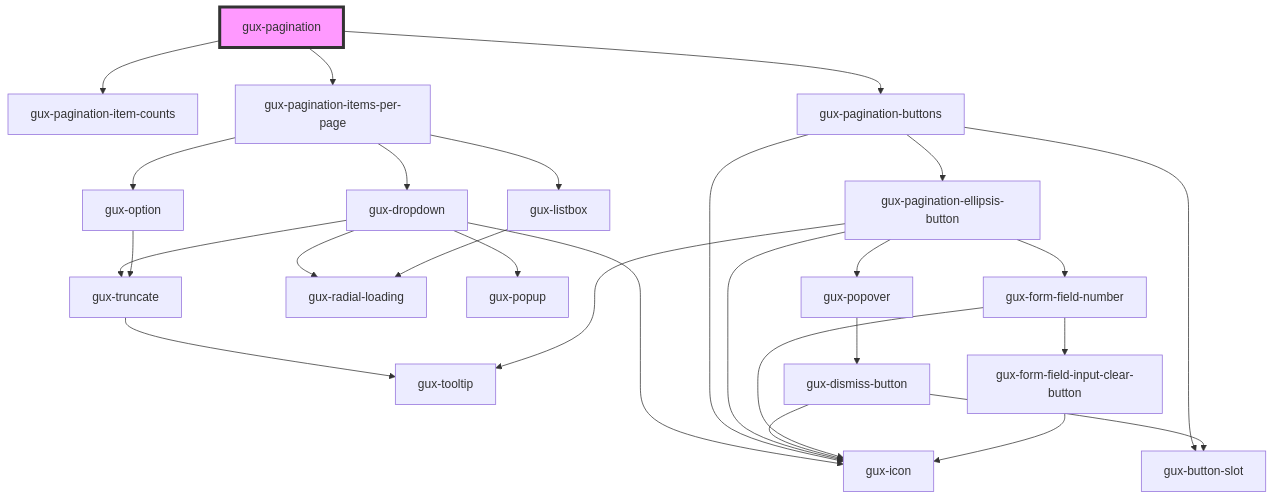
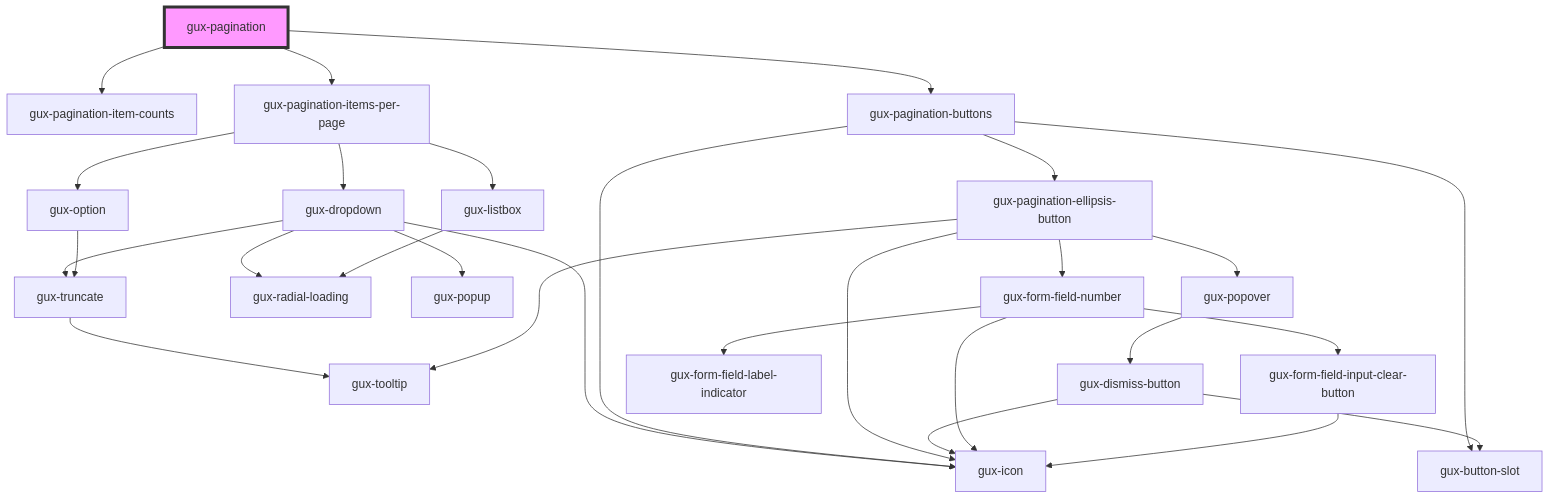
One commit to MyPureCloud/genesys-spark changed the diagram in packages/genesys-spark-components/src/components/stable/gux-pagination/readme.md. Above: the diagram before and after it, drawn with Mermaid. The commit also changed 49 other files, not shown here.

First line of the commit message:
feat(other): Add form field optional indicator files

````diff
--- a/packages/genesys-spark-components/src/components/stable/gux-pagination/readme.md
+++ b/packages/genesys-spark-components/src/components/stable/gux-pagination/readme.md
@@ -41,30 +41,31 @@
 ```mermaid
 graph TD;
   gux-pagination --> gux-pagination-item-counts
   gux-pagination --> gux-pagination-items-per-page
   gux-pagination --> gux-pagination-buttons
   gux-pagination-items-per-page --> gux-dropdown
   gux-pagination-items-per-page --> gux-listbox
   gux-pagination-items-per-page --> gux-option
   gux-dropdown --> gux-truncate
   gux-dropdown --> gux-icon
   gux-dropdown --> gux-radial-loading
   gux-dropdown --> gux-popup
   gux-truncate --> gux-tooltip
   gux-listbox --> gux-radial-loading
   gux-option --> gux-truncate
   gux-pagination-buttons --> gux-pagination-ellipsis-button
   gux-pagination-buttons --> gux-button-slot
   gux-pagination-buttons --> gux-icon
   gux-pagination-ellipsis-button --> gux-icon
   gux-pagination-ellipsis-button --> gux-tooltip
   gux-pagination-ellipsis-button --> gux-popover
   gux-pagination-ellipsis-button --> gux-form-field-number
   gux-popover --> gux-dismiss-button
   gux-dismiss-button --> gux-button-slot
   gux-dismiss-button --> gux-icon
   gux-form-field-number --> gux-form-field-input-clear-button
   gux-form-field-number --> gux-icon
+  gux-form-field-number --> gux-form-field-label-indicator
   gux-form-field-input-clear-button --> gux-icon
   style gux-pagination fill:#f9f,stroke:#333,stroke-width:4px
 ```
````
